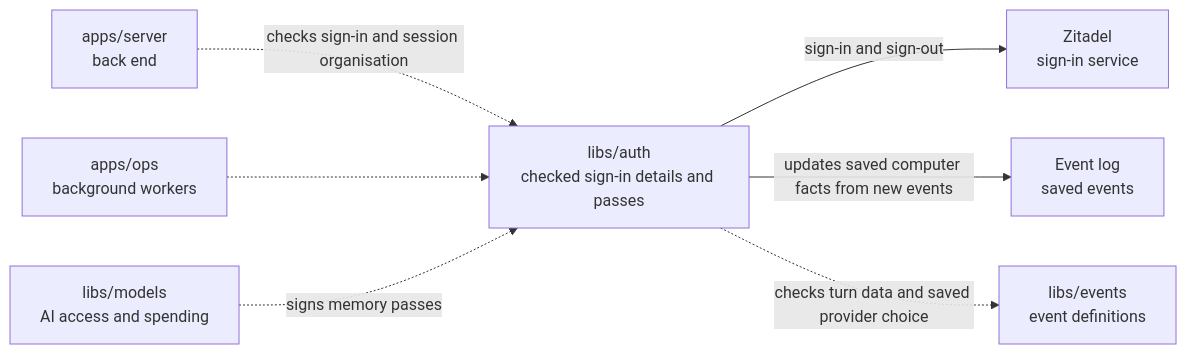
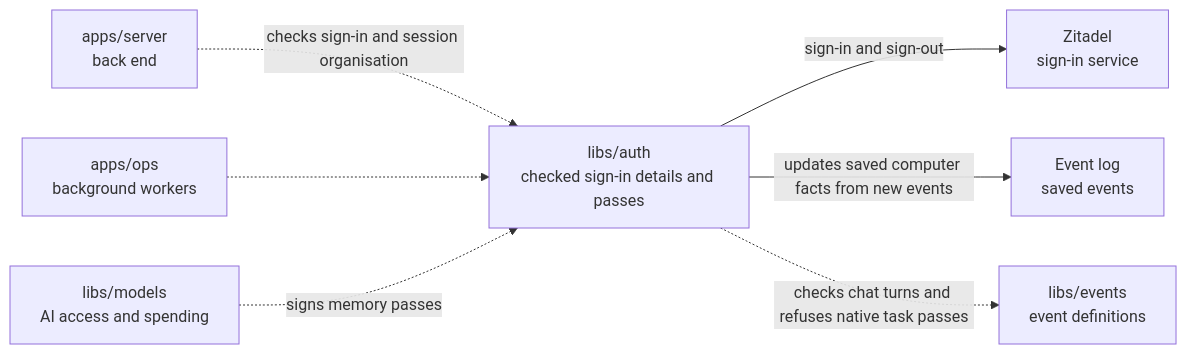
Before and after one commit to elewa-git/opencrane-new: the diagram in libs/auth/README.md, drawn with Mermaid. The commit also changed other lines of this file and 27 other files, not shown here.

````diff
--- a/libs/auth/README.md
+++ b/libs/auth/README.md
@@ -11,9 +11,9 @@
 ```mermaid
 flowchart LR
   server["apps/server<br/>back end"] -.->|checks sign-in and session organisation| auth["libs/auth<br/>checked sign-in details and passes"]
   ops["apps/ops<br/>background workers"] -.-> auth
   models["libs/models<br/>AI access and spending"] -.->|signs memory passes| auth
   auth -->|sign-in and sign-out| zitadel["Zitadel<br/>sign-in service"]
   auth -->|updates saved computer facts from new events| events["Event log<br/>saved events"]
-  auth -.->|checks turn data and saved provider choice| catalogue["libs/events<br/>event definitions"]
+  auth -.->|checks chat turns and refuses native task passes| catalogue["libs/events<br/>event definitions"]
 ```
````
